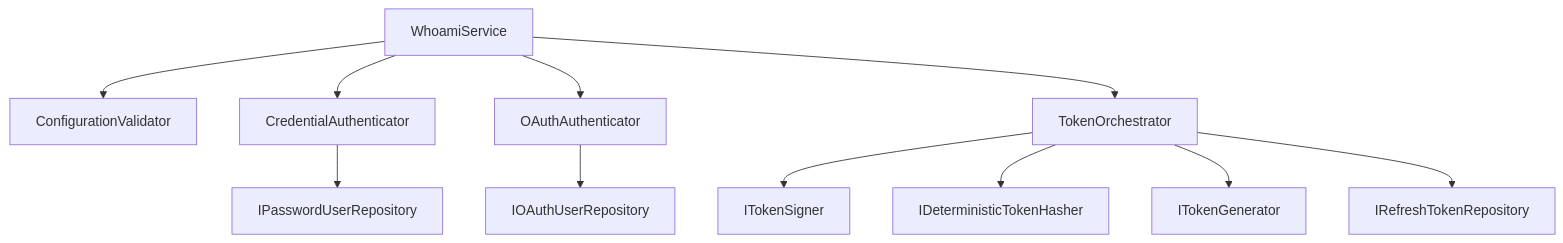
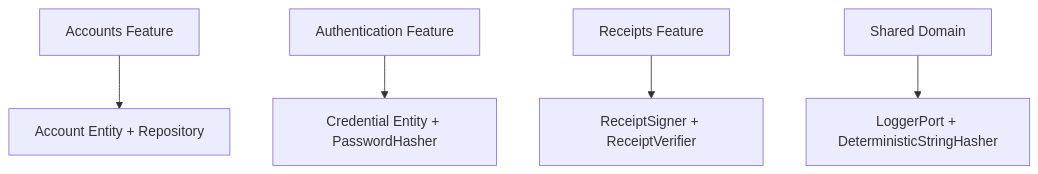
Before and after one commit to odysseon/whoami: the diagram in packages/core/README.md, drawn with Mermaid. The commit also changed other lines of this file and 70 other files, not shown here.

````diff
--- a/packages/core/README.md
+++ b/packages/core/README.md
@@ -8,13 +3,7 @@
 ```mermaid
 graph TD
-    Service["WhoamiService"] --> Config["ConfigurationValidator"]
-    Service --> Creds["CredentialAuthenticator"]
-    Service --> OAuth["OAuthAuthenticator"]
-    Service --> Tokens["TokenOrchestrator"]
-    Creds --> PasswordRepo["IPasswordUserRepository"]
-    OAuth --> OAuthRepo["IOAuthUserRepository"]
-    Tokens --> Signer["ITokenSigner"]
-    Tokens --> TokenHasher["IDeterministicTokenHasher"]
-    Tokens --> TokenGenerator["ITokenGenerator"]
-    Tokens --> RefreshRepo["IRefreshTokenRepository"]
+    Accounts["Accounts Feature"] --> AccountDomain["Account Entity + Repository"]
+    Authentication["Authentication Feature"] --> Credentials["Credential Entity + PasswordHasher"]
+    Receipts["Receipts Feature"] --> ReceiptPorts["ReceiptSigner + ReceiptVerifier"]
+    Shared["Shared Domain"] --> SharedPorts["LoggerPort + DeterministicStringHasher"]
 ```
````
